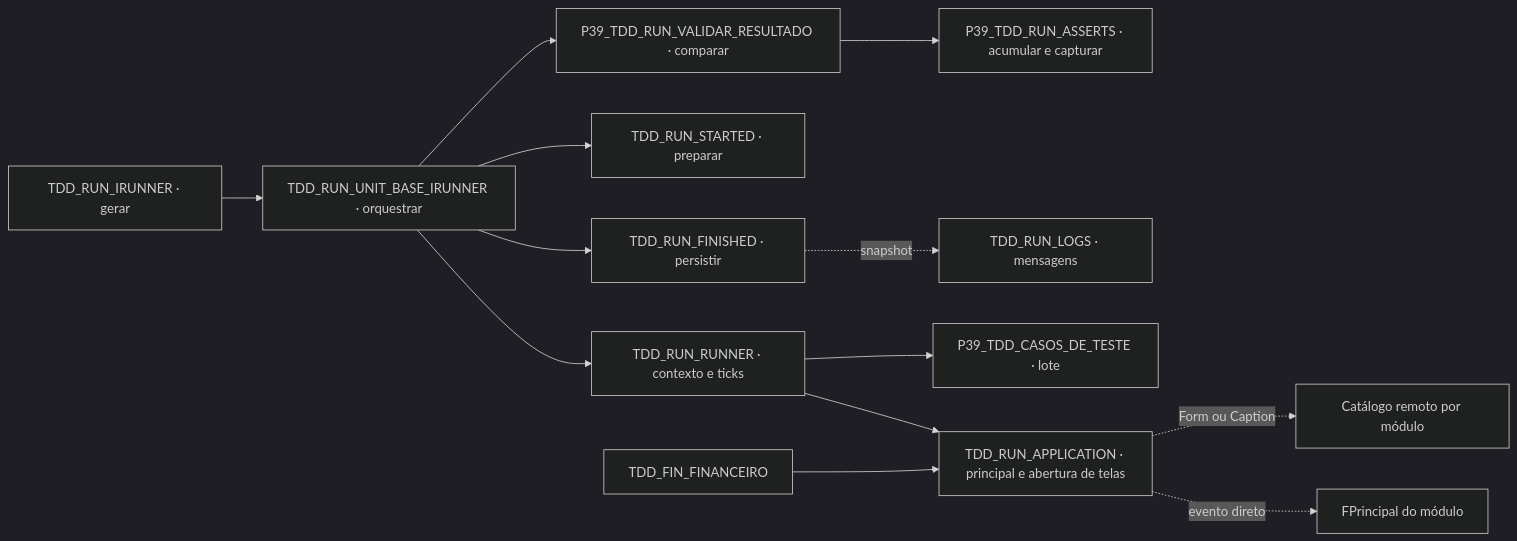
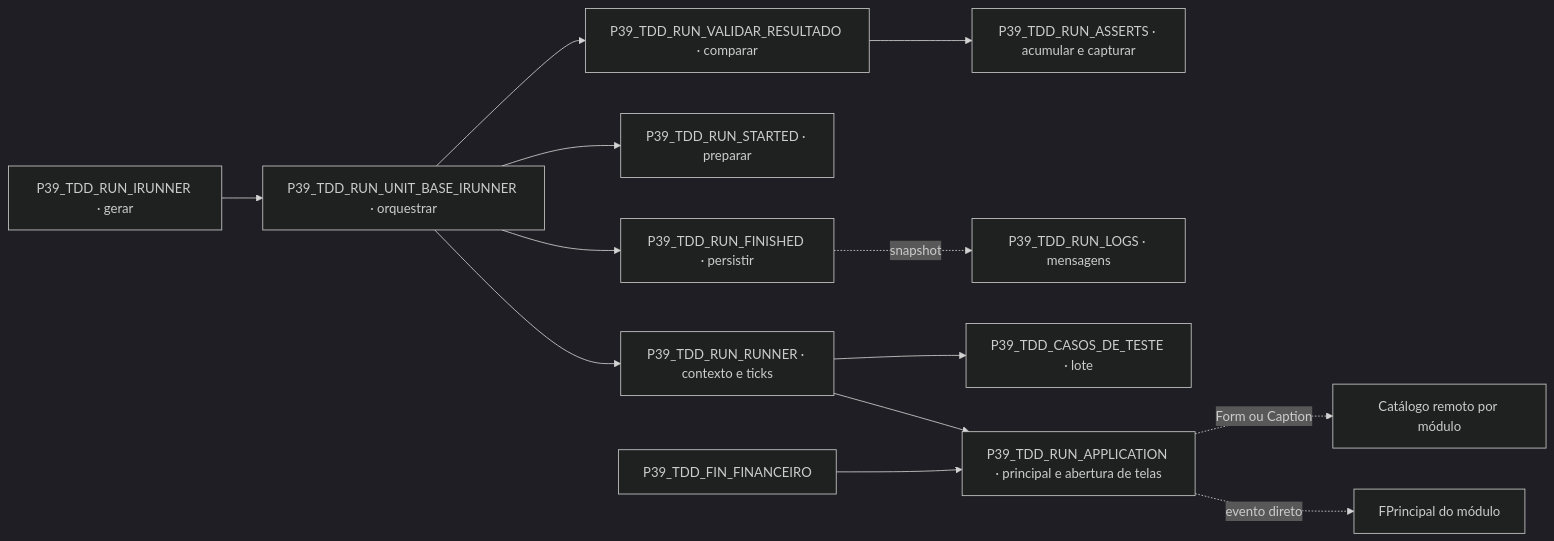
The diagram in docs/MAPEAMENTO_AST_USES_UNITS/runner/responsabilidades.md (ModulosTestesAutomatizados/TestesAutomatizadosERP), drawn with Mermaid (dark theme) before and after one commit. The commit also changed 69 other files, not shown here.

````diff
--- a/docs/MAPEAMENTO_AST_USES_UNITS/runner/responsabilidades.md
+++ b/docs/MAPEAMENTO_AST_USES_UNITS/runner/responsabilidades.md
@@ -3,15 +3,15 @@
 ```mermaid
 flowchart LR
- TDD_RUN_IRUNNER["TDD_RUN_IRUNNER · gerar"] --> TDD_RUN_UNIT_BASE_IRUNNER["TDD_RUN_UNIT_BASE_IRUNNER · orquestrar"]
- TDD_RUN_UNIT_BASE_IRUNNER --> TDD_RUN_RUNNER["TDD_RUN_RUNNER · contexto e ticks"]
- TDD_RUN_UNIT_BASE_IRUNNER --> TDD_RUN_STARTED["TDD_RUN_STARTED · preparar"]
- TDD_RUN_UNIT_BASE_IRUNNER --> P39_TDD_RUN_VALIDAR_RESULTADO["P39_TDD_RUN_VALIDAR_RESULTADO · comparar"]
+ P39_TDD_RUN_IRUNNER["P39_TDD_RUN_IRUNNER · gerar"] --> P39_TDD_RUN_UNIT_BASE_IRUNNER["P39_TDD_RUN_UNIT_BASE_IRUNNER · orquestrar"]
+ P39_TDD_RUN_UNIT_BASE_IRUNNER --> P39_TDD_RUN_RUNNER["P39_TDD_RUN_RUNNER · contexto e ticks"]
+ P39_TDD_RUN_UNIT_BASE_IRUNNER --> P39_TDD_RUN_STARTED["P39_TDD_RUN_STARTED · preparar"]
+ P39_TDD_RUN_UNIT_BASE_IRUNNER --> P39_TDD_RUN_VALIDAR_RESULTADO["P39_TDD_RUN_VALIDAR_RESULTADO · comparar"]
  P39_TDD_RUN_VALIDAR_RESULTADO --> P39_TDD_RUN_ASSERTS["P39_TDD_RUN_ASSERTS · acumular e capturar"]
- TDD_RUN_UNIT_BASE_IRUNNER --> TDD_RUN_FINISHED["TDD_RUN_FINISHED · persistir"]
- TDD_RUN_FINISHED -. "snapshot" .-> TDD_RUN_LOGS["TDD_RUN_LOGS · mensagens"]
- TDD_RUN_RUNNER --> P39_TDD_CASOS_DE_TESTE["P39_TDD_CASOS_DE_TESTE · lote"]
- TDD_RUN_RUNNER --> TDD_RUN_APPLICATION["TDD_RUN_APPLICATION · principal e abertura de telas"]
- TDD_FIN_FINANCEIRO --> TDD_RUN_APPLICATION
- TDD_RUN_APPLICATION -. "Form ou Caption" .-> C["Catálogo remoto por módulo"]
- TDD_RUN_APPLICATION -. "evento direto" .-> FP["FPrincipal do módulo"]
+ P39_TDD_RUN_UNIT_BASE_IRUNNER --> P39_TDD_RUN_FINISHED["P39_TDD_RUN_FINISHED · persistir"]
+ P39_TDD_RUN_FINISHED -. "snapshot" .-> P39_TDD_RUN_LOGS["P39_TDD_RUN_LOGS · mensagens"]
+ P39_TDD_RUN_RUNNER --> P39_TDD_CASOS_DE_TESTE["P39_TDD_CASOS_DE_TESTE · lote"]
+ P39_TDD_RUN_RUNNER --> P39_TDD_RUN_APPLICATION["P39_TDD_RUN_APPLICATION · principal e abertura de telas"]
+ P39_TDD_FIN_FINANCEIRO --> P39_TDD_RUN_APPLICATION
+ P39_TDD_RUN_APPLICATION -. "Form ou Caption" .-> C["Catálogo remoto por módulo"]
+ P39_TDD_RUN_APPLICATION -. "evento direto" .-> FP["FPrincipal do módulo"]
 ```
````
